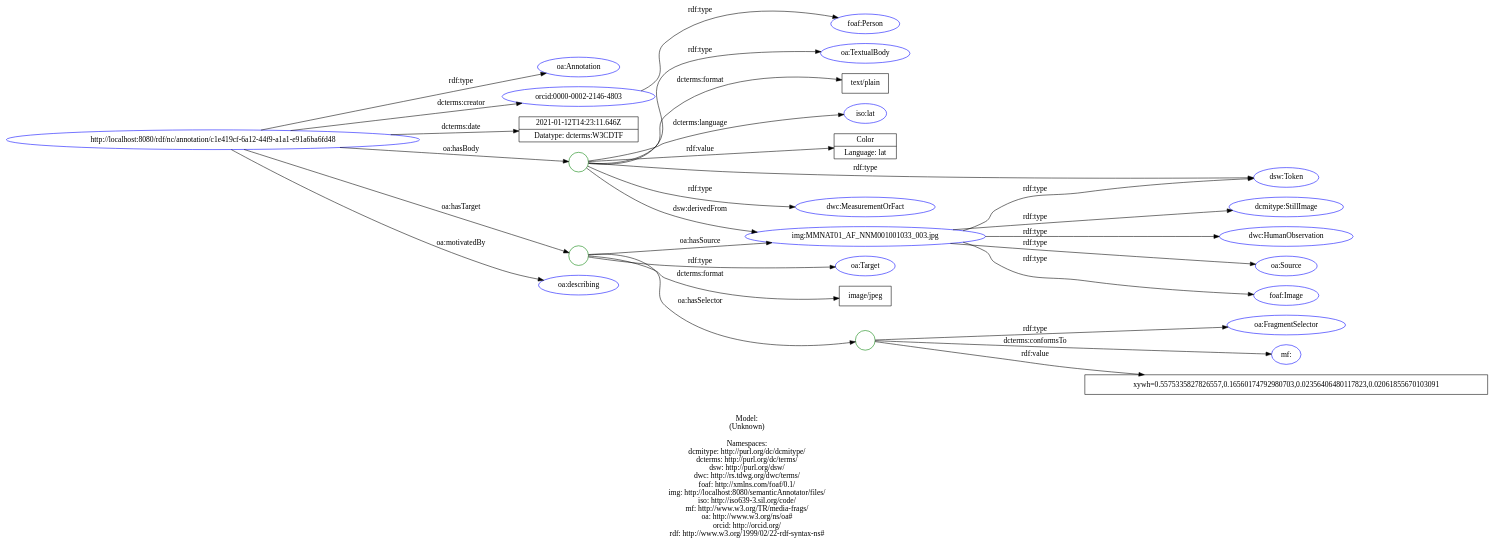
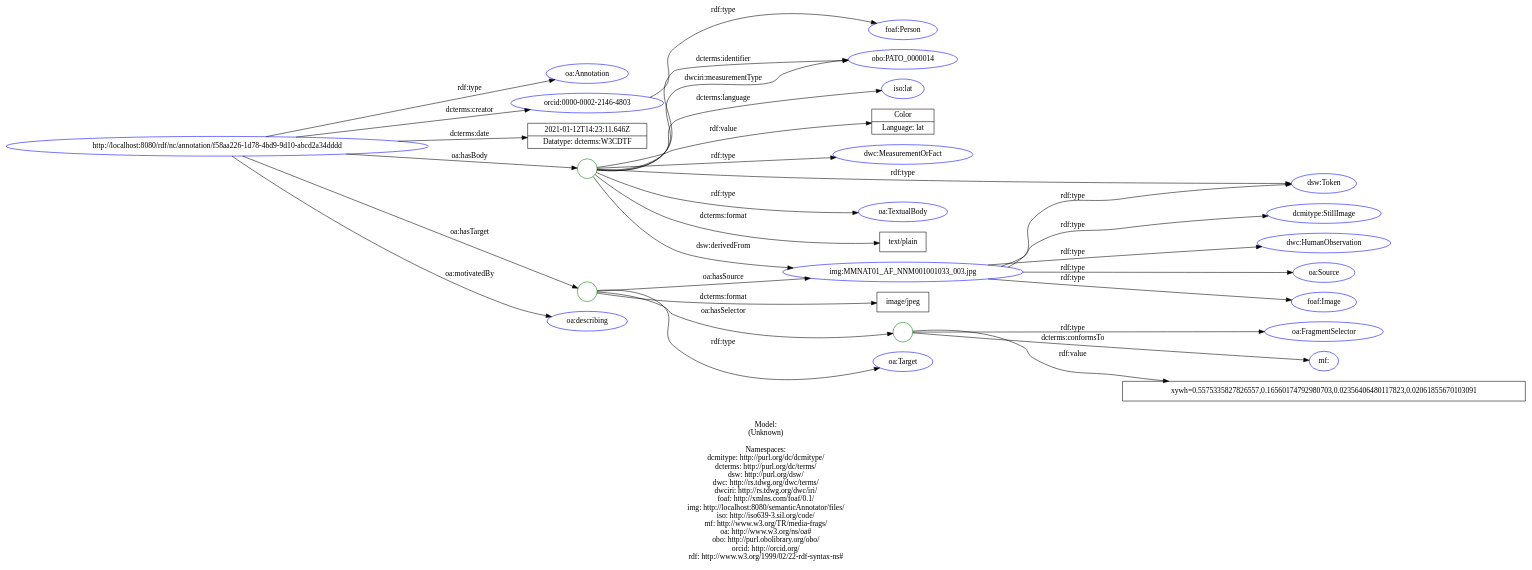
The diagram in doc/models/example_5_1.dot (lisestork/SFB-Annotator), drawn with Graphviz before and after one commit. The commit also changed 7 other files, not shown here.

Commit message:
Update data models: example [5-6]_1 #81. - fix triple with dwciri:measurementType predicate

```diff
--- a/doc/models/example_5_1.dot
+++ b/doc/models/example_5_1.dot
@@ -1,64 +1,67 @@
 digraph {
 	rankdir = LR;
 	charset="utf-8";
 
-	"Rhttp://localhost:8080/rdf/nc/annotation/c1e419cf-6a12-44f9-a1a1-e91a6ba6fd48" -> "Roa:Annotation" [ label="rdf:type" ];
-	"Rhttp://localhost:8080/rdf/nc/annotation/c1e419cf-6a12-44f9-a1a1-e91a6ba6fd48" -> "Rorcid:0000-0002-2146-4803" [ label="dcterms:creator" ];
-	"Rhttp://localhost:8080/rdf/nc/annotation/c1e419cf-6a12-44f9-a1a1-e91a6ba6fd48" -> "L2021-01-12T14:23:11.646Z|Datatype: dcterms:W3CDTF" [ label="dcterms:date" ];
-	"Rhttp://localhost:8080/rdf/nc/annotation/c1e419cf-6a12-44f9-a1a1-e91a6ba6fd48" -> "B_:node1evfesn2mx9" [ label="oa:hasBody" ];
-	"B_:node1evfesn2mx9" -> "Rdsw:Token" [ label="rdf:type" ];
-	"B_:node1evfesn2mx9" -> "Rdwc:MeasurementOrFact" [ label="rdf:type" ];
-	"B_:node1evfesn2mx9" -> "Roa:TextualBody" [ label="rdf:type" ];
-	"B_:node1evfesn2mx9" -> "Ltext/plain" [ label="dcterms:format" ];
-	"B_:node1evfesn2mx9" -> "Riso:lat" [ label="dcterms:language" ];
-	"B_:node1evfesn2mx9" -> "Rimg:MMNAT01_AF_NNM001001033_003.jpg" [ label="dsw:derivedFrom" ];
-	"B_:node1evfesn2mx9" -> "LColor|Language: lat" [ label="rdf:value" ];
-	"Rhttp://localhost:8080/rdf/nc/annotation/c1e419cf-6a12-44f9-a1a1-e91a6ba6fd48" -> "B_:node1evfesn2mx8" [ label="oa:hasTarget" ];
-	"B_:node1evfesn2mx8" -> "Roa:Target" [ label="rdf:type" ];
-	"B_:node1evfesn2mx8" -> "Limage/jpeg" [ label="dcterms:format" ];
-	"B_:node1evfesn2mx8" -> "B_:node1evfesn2mx11" [ label="oa:hasSelector" ];
-	"B_:node1evfesn2mx11" -> "Roa:FragmentSelector" [ label="rdf:type" ];
-	"B_:node1evfesn2mx11" -> "Rmf:" [ label="dcterms:conformsTo" ];
-	"B_:node1evfesn2mx11" -> "Lxywh=0.5575335827826557,0.16560174792980703,0.02356406480117823,0.02061855670103091" [ label="rdf:value" ];
-	"B_:node1evfesn2mx8" -> "Rimg:MMNAT01_AF_NNM001001033_003.jpg" [ label="oa:hasSource" ];
-	"Rhttp://localhost:8080/rdf/nc/annotation/c1e419cf-6a12-44f9-a1a1-e91a6ba6fd48" -> "Roa:describing" [ label="oa:motivatedBy" ];
+	"Rhttp://localhost:8080/rdf/nc/annotation/f58aa226-1d78-4bd9-9d10-abcd2a34dddd" -> "Roa:Annotation" [ label="rdf:type" ];
+	"Rhttp://localhost:8080/rdf/nc/annotation/f58aa226-1d78-4bd9-9d10-abcd2a34dddd" -> "Rorcid:0000-0002-2146-4803" [ label="dcterms:creator" ];
+	"Rhttp://localhost:8080/rdf/nc/annotation/f58aa226-1d78-4bd9-9d10-abcd2a34dddd" -> "L2021-01-12T14:23:11.646Z|Datatype: dcterms:W3CDTF" [ label="dcterms:date" ];
+	"Rhttp://localhost:8080/rdf/nc/annotation/f58aa226-1d78-4bd9-9d10-abcd2a34dddd" -> "B_:node1evflep6ex2" [ label="oa:hasBody" ];
+	"B_:node1evflep6ex2" -> "Rdsw:Token" [ label="rdf:type" ];
+	"B_:node1evflep6ex2" -> "Rdwc:MeasurementOrFact" [ label="rdf:type" ];
+	"B_:node1evflep6ex2" -> "Roa:TextualBody" [ label="rdf:type" ];
+	"B_:node1evflep6ex2" -> "Ltext/plain" [ label="dcterms:format" ];
+	"B_:node1evflep6ex2" -> "Robo:PATO_0000014" [ label="dcterms:identifier" ];
+	"B_:node1evflep6ex2" -> "Riso:lat" [ label="dcterms:language" ];
+	"B_:node1evflep6ex2" -> "Rimg:MMNAT01_AF_NNM001001033_003.jpg" [ label="dsw:derivedFrom" ];
+	"B_:node1evflep6ex2" -> "Robo:PATO_0000014" [ label="dwciri:measurementType" ];
+	"B_:node1evflep6ex2" -> "LColor|Language: lat" [ label="rdf:value" ];
+	"Rhttp://localhost:8080/rdf/nc/annotation/f58aa226-1d78-4bd9-9d10-abcd2a34dddd" -> "B_:node1evflep6ex1" [ label="oa:hasTarget" ];
+	"B_:node1evflep6ex1" -> "Roa:Target" [ label="rdf:type" ];
+	"B_:node1evflep6ex1" -> "Limage/jpeg" [ label="dcterms:format" ];
+	"B_:node1evflep6ex1" -> "B_:node1evflep6ex4" [ label="oa:hasSelector" ];
+	"B_:node1evflep6ex4" -> "Roa:FragmentSelector" [ label="rdf:type" ];
+	"B_:node1evflep6ex4" -> "Rmf:" [ label="dcterms:conformsTo" ];
+	"B_:node1evflep6ex4" -> "Lxywh=0.5575335827826557,0.16560174792980703,0.02356406480117823,0.02061855670103091" [ label="rdf:value" ];
+	"B_:node1evflep6ex1" -> "Rimg:MMNAT01_AF_NNM001001033_003.jpg" [ label="oa:hasSource" ];
+	"Rhttp://localhost:8080/rdf/nc/annotation/f58aa226-1d78-4bd9-9d10-abcd2a34dddd" -> "Roa:describing" [ label="oa:motivatedBy" ];
 	"Rorcid:0000-0002-2146-4803" -> "Rfoaf:Person" [ label="rdf:type" ];
 	"Rimg:MMNAT01_AF_NNM001001033_003.jpg" -> "Rdcmitype:StillImage" [ label="rdf:type" ];
 	"Rimg:MMNAT01_AF_NNM001001033_003.jpg" -> "Rdsw:Token" [ label="rdf:type" ];
 	"Rimg:MMNAT01_AF_NNM001001033_003.jpg" -> "Rdwc:HumanObservation" [ label="rdf:type" ];
 	"Rimg:MMNAT01_AF_NNM001001033_003.jpg" -> "Roa:Source" [ label="rdf:type" ];
 	"Rimg:MMNAT01_AF_NNM001001033_003.jpg" -> "Rfoaf:Image" [ label="rdf:type" ];
 
 	// Resources
-	"Rhttp://localhost:8080/rdf/nc/annotation/c1e419cf-6a12-44f9-a1a1-e91a6ba6fd48" [ label="http://localhost:8080/rdf/nc/annotation/c1e419cf-6a12-44f9-a1a1-e91a6ba6fd48", shape = ellipse, color = blue ];
+	"Rhttp://localhost:8080/rdf/nc/annotation/f58aa226-1d78-4bd9-9d10-abcd2a34dddd" [ label="http://localhost:8080/rdf/nc/annotation/f58aa226-1d78-4bd9-9d10-abcd2a34dddd", shape = ellipse, color = blue ];
 	"Roa:Annotation" [ label="oa:Annotation", shape = ellipse, color = blue ];
 	"Rorcid:0000-0002-2146-4803" [ label="orcid:0000-0002-2146-4803", shape = ellipse, color = blue ];
 	"Rdsw:Token" [ label="dsw:Token", shape = ellipse, color = blue ];
 	"Rdwc:MeasurementOrFact" [ label="dwc:MeasurementOrFact", shape = ellipse, color = blue ];
 	"Roa:TextualBody" [ label="oa:TextualBody", shape = ellipse, color = blue ];
+	"Robo:PATO_0000014" [ label="obo:PATO_0000014", shape = ellipse, color = blue ];
 	"Riso:lat" [ label="iso:lat", shape = ellipse, color = blue ];
 	"Rimg:MMNAT01_AF_NNM001001033_003.jpg" [ label="img:MMNAT01_AF_NNM001001033_003.jpg", shape = ellipse, color = blue ];
 	"Roa:Target" [ label="oa:Target", shape = ellipse, color = blue ];
 	"Roa:FragmentSelector" [ label="oa:FragmentSelector", shape = ellipse, color = blue ];
 	"Rmf:" [ label="mf:", shape = ellipse, color = blue ];
 	"Roa:describing" [ label="oa:describing", shape = ellipse, color = blue ];
 	"Rfoaf:Person" [ label="foaf:Person", shape = ellipse, color = blue ];
 	"Rdcmitype:StillImage" [ label="dcmitype:StillImage", shape = ellipse, color = blue ];
 	"Rdwc:HumanObservation" [ label="dwc:HumanObservation", shape = ellipse, color = blue ];
 	"Roa:Source" [ label="oa:Source", shape = ellipse, color = blue ];
 	"Rfoaf:Image" [ label="foaf:Image", shape = ellipse, color = blue ];
 
 	// Anonymous nodes
-	"B_:node1evfesn2mx9" [ label="", shape = circle, color = green ];
-	"B_:node1evfesn2mx8" [ label="", shape = circle, color = green ];
-	"B_:node1evfesn2mx11" [ label="", shape = circle, color = green ];
+	"B_:node1evflep6ex2" [ label="", shape = circle, color = green ];
+	"B_:node1evflep6ex1" [ label="", shape = circle, color = green ];
+	"B_:node1evflep6ex4" [ label="", shape = circle, color = green ];
 
 	// Literals
 	"L2021-01-12T14:23:11.646Z|Datatype: dcterms:W3CDTF" [ label="2021-01-12T14:23:11.646Z|Datatype: dcterms:W3CDTF", shape = record ];
 	"Ltext/plain" [ label="text/plain", shape = record ];
 	"LColor|Language: lat" [ label="Color|Language: lat", shape = record ];
 	"Limage/jpeg" [ label="image/jpeg", shape = record ];
 	"Lxywh=0.5575335827826557,0.16560174792980703,0.02356406480117823,0.02061855670103091" [ label="xywh=0.5575335827826557,0.16560174792980703,0.02356406480117823,0.02061855670103091", shape = record ];
 
-	label="\n\nModel:\n(Unknown)\n\nNamespaces:\ndcmitype: http://purl.org/dc/dcmitype/\ndcterms: http://purl.org/dc/terms/\ndsw: http://purl.org/dsw/\ndwc: http://rs.tdwg.org/dwc/terms/\nfoaf: http://xmlns.com/foaf/0.1/\nimg: http://localhost:8080/semanticAnnotator/files/\niso: http://iso639-3.sil.org/code/\nmf: http://www.w3.org/TR/media-frags/\noa: http://www.w3.org/ns/oa#\norcid: http://orcid.org/\nrdf: http://www.w3.org/1999/02/22-rdf-syntax-ns#\n";
+	label="\n\nModel:\n(Unknown)\n\nNamespaces:\ndcmitype: http://purl.org/dc/dcmitype/\ndcterms: http://purl.org/dc/terms/\ndsw: http://purl.org/dsw/\ndwc: http://rs.tdwg.org/dwc/terms/\ndwciri: http://rs.tdwg.org/dwc/iri/\nfoaf: http://xmlns.com/foaf/0.1/\nimg: http://localhost:8080/semanticAnnotator/files/\niso: http://iso639-3.sil.org/code/\nmf: http://www.w3.org/TR/media-frags/\noa: http://www.w3.org/ns/oa#\nobo: http://purl.obolibrary.org/obo/\norcid: http://orcid.org/\nrdf: http://www.w3.org/1999/02/22-rdf-syntax-ns#\n";
 }
```
